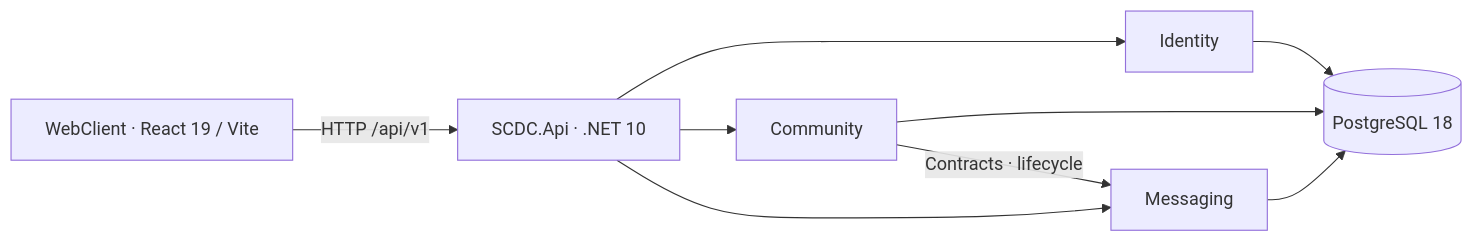
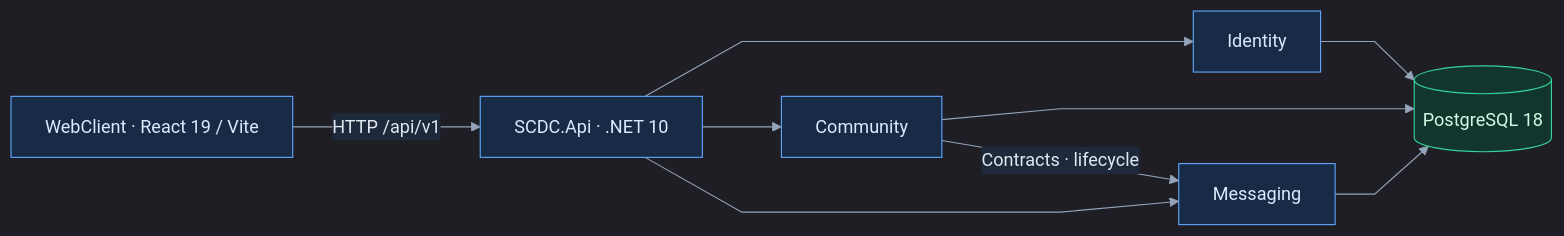
Before and after one commit to Chyeonma/scdc: the first of 3 diagrams in docs/system/architecture.md, drawn with Mermaid. The commit also changed other lines of this file and 37 other files, not shown here.

Commit message:
docs: architecture v1

````diff
--- a/docs/system/architecture.md
+++ b/docs/system/architecture.md
@@ -15,11 +18,16 @@
 ```mermaid
+%%{init: {"flowchart": {"curve": "linear", "nodeSpacing": 45, "rankSpacing": 70}, "theme": "dark", "themeVariables": {"background": "#0f172a", "primaryColor": "#1e293b", "primaryTextColor": "#e2e8f0", "primaryBorderColor": "#64748b", "lineColor": "#94a3b8", "textColor": "#e2e8f0", "edgeLabelBackground": "#1e293b", "clusterBkg": "#141e2e", "clusterBorder": "#475569"}, "themeCSS": "& { background-color: #0f172a; }"}}%%
 flowchart LR
     Web[WebClient · React 19 / Vite] -->|HTTP /api/v1| Api[SCDC.Api · .NET 10]
     Api --> Identity[Identity]
     Api --> Community[Community]
     Api --> Messaging[Messaging]
     Identity --> Pg[(PostgreSQL 18)]
     Community --> Pg
     Messaging --> Pg
     Community -->|Contracts · lifecycle| Messaging
+    classDef app fill:#172b46,stroke:#60a5fa,color:#dbeafe
+    classDef data fill:#12352e,stroke:#34d399,color:#d1fae5
+    class Web,Api,Identity,Community,Messaging app
+    class Pg data
 ```
````
